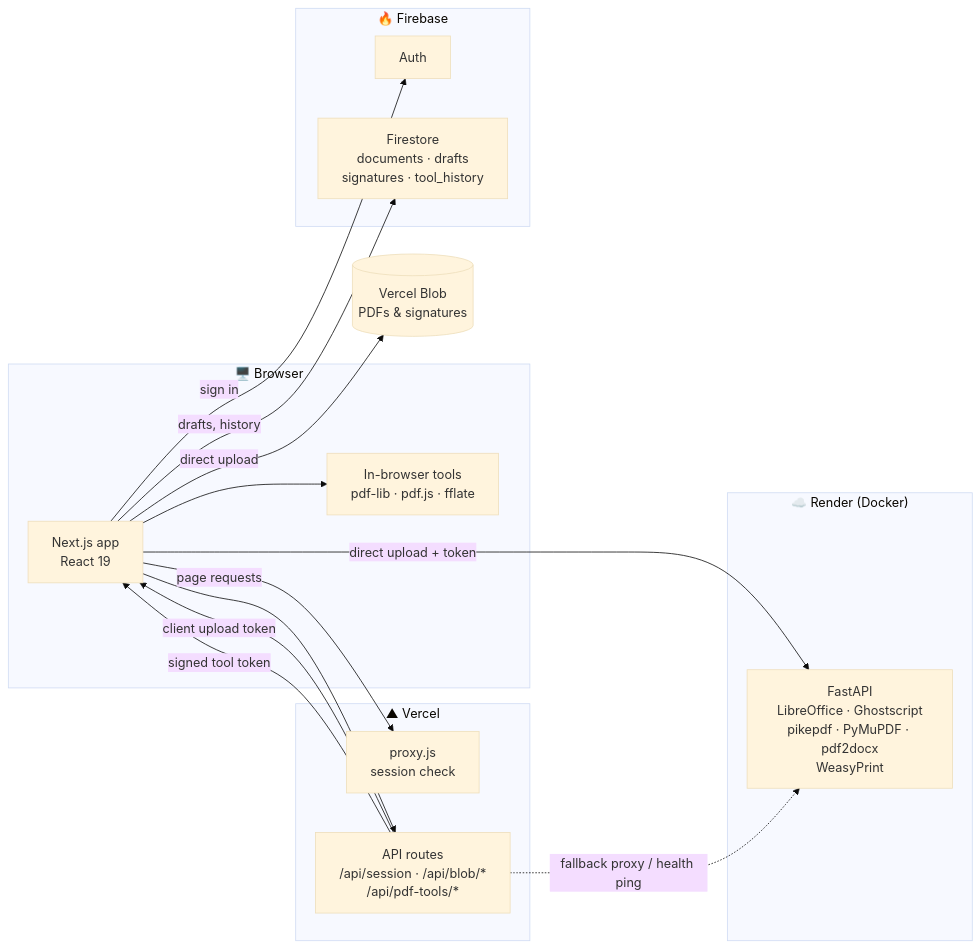
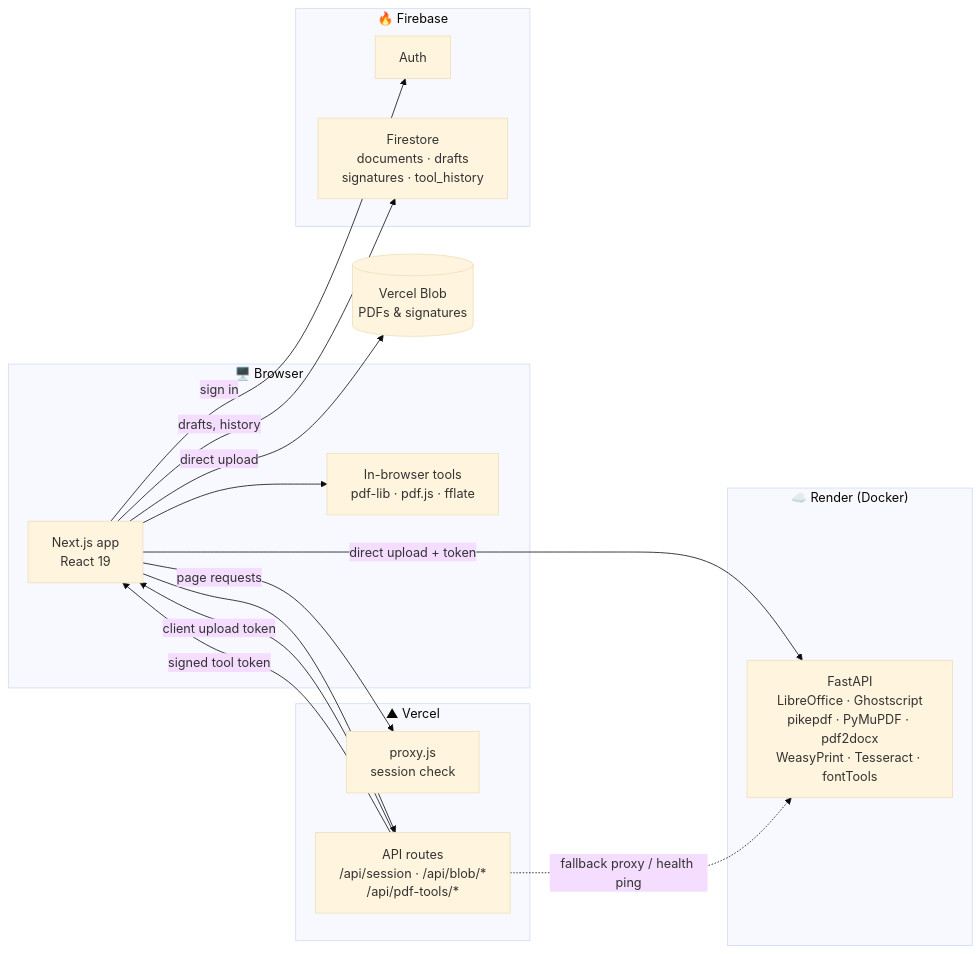
Before and after one commit to ritstar/forge-pdf-editor: the diagram in README.md, drawn with Mermaid (base theme). The commit also changed other lines of this file and 2 other files, not shown here.

First line of the commit message:
Describe text editing and the font library on the site and in the README

````diff
--- a/README.md
+++ b/README.md
@@ -101,34 +101,34 @@
 ```mermaid
 flowchart LR
     subgraph Browser["🖥️ Browser"]
         UI["Next.js app<br/>React 19"]
         LOCAL["In-browser tools<br/>pdf-lib · pdf.js · fflate"]
     end
 
     subgraph Vercel["▲ Vercel"]
         PROXY["proxy.js<br/>session check"]
         API["API routes<br/>/api/session · /api/blob/*<br/>/api/pdf-tools/*"]
     end
 
     subgraph Google["🔥 Firebase"]
         AUTH["Auth"]
         FS["Firestore<br/>documents · drafts<br/>signatures · tool_history"]
     end
 
     BLOB[("Vercel Blob<br/>PDFs & signatures")]
 
     subgraph Render["☁️ Render (Docker)"]
-        BE["FastAPI<br/>LibreOffice · Ghostscript<br/>pikepdf · PyMuPDF · pdf2docx<br/>WeasyPrint"]
+        BE["FastAPI<br/>LibreOffice · Ghostscript<br/>pikepdf · PyMuPDF · pdf2docx<br/>WeasyPrint · Tesseract · fontTools"]
     end
 
     UI --> LOCAL
     UI -- "sign in" --> AUTH
     UI -- "drafts, history" --> FS
     UI -- "page requests" --> PROXY
     UI --> API
     API -- "client upload token" --> UI
     UI -- "direct upload" --> BLOB
     API -- "signed tool token" --> UI
     UI -- "direct upload + token" --> BE
     API -. "fallback proxy / health ping" .-> BE
 ```
````
